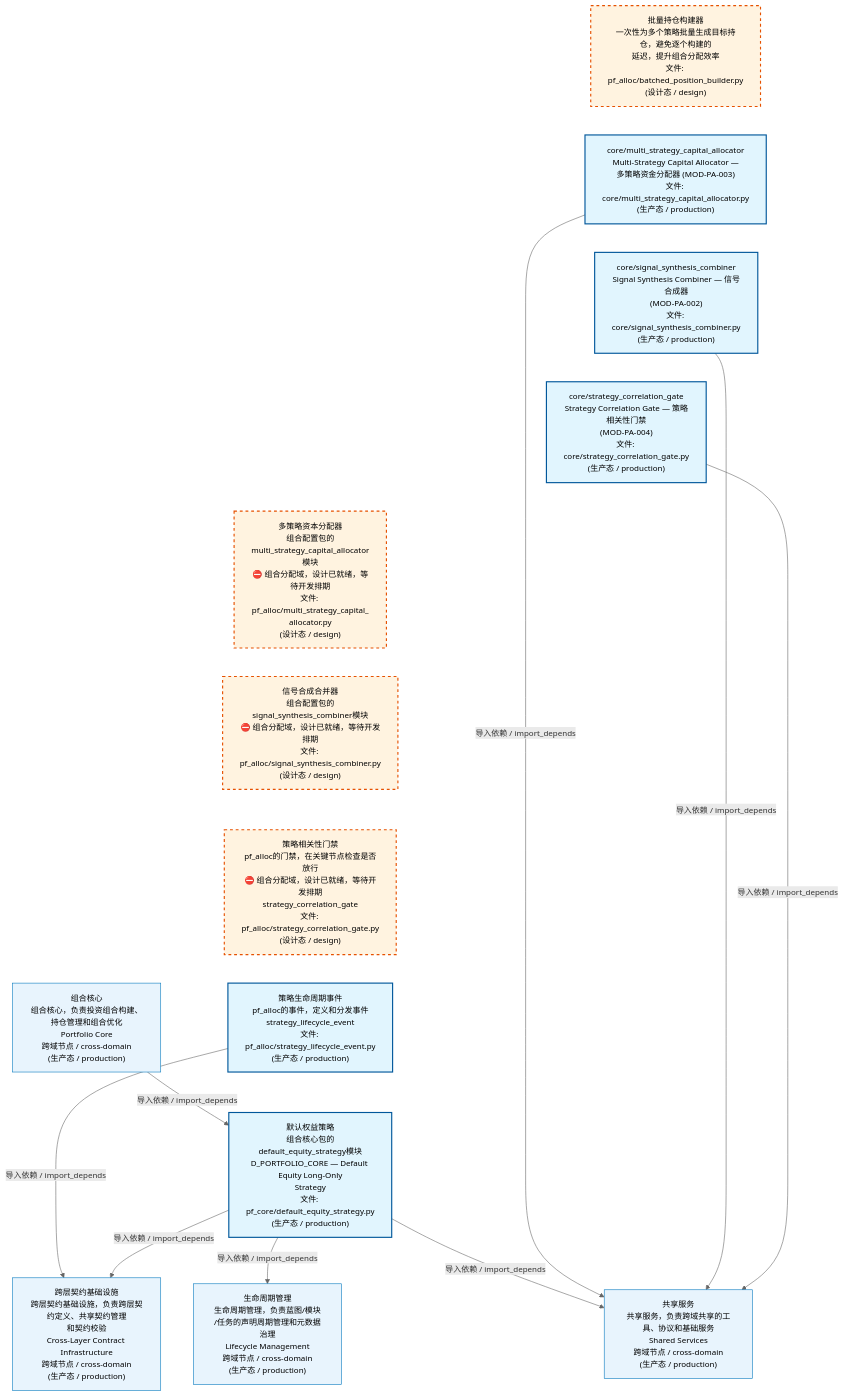
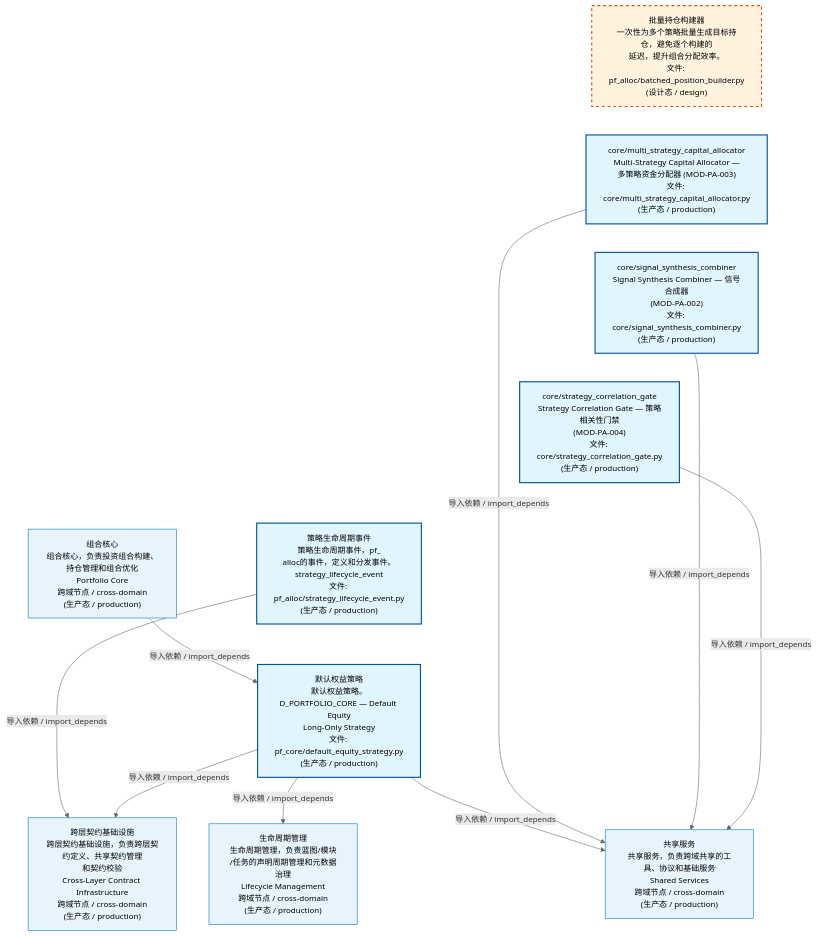
Before and after one commit to xuanFelixVan/ZephyrAlpha: the first of 4 diagrams in docs/02_enterprise_architecture/02_domain_architecture_docs/62_d_pf_alloc.md, drawn with Mermaid. The commit also changed other lines of this file and 58 other files, not shown here.

````diff
--- a/docs/02_enterprise_architecture/02_domain_architecture_docs/62_d_pf_alloc.md
+++ b/docs/02_enterprise_architecture/02_domain_architecture_docs/62_d_pf_alloc.md
@@ -53,40 +53,34 @@
 ```mermaid
 %%{init: {'theme': 'base', 'themeVariables': {'primaryColor': '#eaeaea', 'primaryTextColor': '#333333', 'primaryBorderColor': '#666666', 'lineColor': '#666666', 'secondaryColor': '#eaeaea', 'tertiaryColor': '#eaeaea', 'fontSize': '14px'}}}%%
 flowchart TD
-    src_zephyr_pf_alloc_batched_position_builder_py["批量持仓构建器<br/>一次性为多个策略批量生成目标持仓，避免逐个构建的<br/>延迟，提升组合分配效率<br/>文件: pf_alloc/batched_position_builder.py<br/>(设计态 / design)"]
+    src_zephyr_pf_alloc_batched_position_builder_py["批量持仓构建器<br/>一次性为多个策略批量生成目标持仓，避免逐个构建的<br/>延迟，提升组合分配效率。<br/>文件: pf_alloc/batched_position_builder.py<br/>(设计态 / design)"]
     src_zephyr_pf_alloc_core_multi_strategy_capital_allocator_py["core/multi_strategy_capital_allocator<br/>Multi-Strategy Capital Allocator —<br/>多策略资金分配器 (MOD-PA-003)<br/>文件: core/multi_strategy_capital_allocator.py<br/>(生产态 / production)"]
     src_zephyr_pf_alloc_core_signal_synthesis_combiner_py["core/signal_synthesis_combiner<br/>Signal Synthesis Combiner — 信号合成器<br/>(MOD-PA-002)<br/>文件: core/signal_synthesis_combiner.py<br/>(生产态 / production)"]
     src_zephyr_pf_alloc_core_strategy_correlation_gate_py["core/strategy_correlation_gate<br/>Strategy Correlation Gate — 策略相关性门禁<br/>(MOD-PA-004)<br/>文件: core/strategy_correlation_gate.py<br/>(生产态 / production)"]
-    src_zephyr_pf_alloc_multi_strategy_capital_allocator_py["多策略资本分配器<br/>组合配置包的multi_strategy_capital_allocator模块<br/>⛔ 组合分配域，设计已就绪，等待开发排期<br/>文件: pf_alloc/multi_strategy_capital_<br/>allocator.py<br/>(设计态 / design)"]
-    src_zephyr_pf_alloc_signal_synthesis_combiner_py["信号合成合并器<br/>组合配置包的signal_synthesis_combiner模块<br/>⛔ 组合分配域，设计已就绪，等待开发排期<br/>文件: pf_alloc/signal_synthesis_combiner.py<br/>(设计态 / design)"]
-    src_zephyr_pf_alloc_strategy_correlation_gate_py["策略相关性门禁<br/>pf_alloc的门禁，在关键节点检查是否放行<br/>⛔ 组合分配域，设计已就绪，等待开发排期<br/>strategy_correlation_gate<br/>文件: pf_alloc/strategy_correlation_gate.py<br/>(设计态 / design)"]
-    src_zephyr_pf_alloc_strategy_lifecycle_event_py["策略生命周期事件<br/>pf_alloc的事件，定义和分发事件<br/>strategy_lifecycle_event<br/>文件: pf_alloc/strategy_lifecycle_event.py<br/>(生产态 / production)"]
-    src_zephyr_pf_core_default_equity_strategy_py["默认权益策略<br/>组合核心包的default_equity_strategy模块<br/>D_PORTFOLIO_CORE — Default Equity Long-Only<br/>Strategy<br/>文件: pf_core/default_equity_strategy.py<br/>(生产态 / production)"]
+    src_zephyr_pf_alloc_strategy_lifecycle_event_py["策略生命周期事件<br/>策略生命周期事件，pf_<br/>alloc的事件，定义和分发事件。<br/>strategy_lifecycle_event<br/>文件: pf_alloc/strategy_lifecycle_event.py<br/>(生产态 / production)"]
+    src_zephyr_pf_core_default_equity_strategy_py["默认权益策略<br/>默认权益策略。D_PORTFOLIO_CORE — Default Equity<br/>Long-Only Strategy<br/>文件: pf_core/default_equity_strategy.py<br/>(生产态 / production)"]
     src_zephyr_pf_alloc_batched_position_builder_py ~~~ src_zephyr_pf_alloc_core_multi_strategy_capital_allocator_py
     src_zephyr_pf_alloc_core_multi_strategy_capital_allocator_py ~~~ src_zephyr_pf_alloc_core_signal_synthesis_combiner_py
     src_zephyr_pf_alloc_core_signal_synthesis_combiner_py ~~~ src_zephyr_pf_alloc_core_strategy_correlation_gate_py
-    src_zephyr_pf_alloc_core_strategy_correlation_gate_py ~~~ src_zephyr_pf_alloc_multi_strategy_capital_allocator_py
-    src_zephyr_pf_alloc_multi_strategy_capital_allocator_py ~~~ src_zephyr_pf_alloc_signal_synthesis_combiner_py
-    src_zephyr_pf_alloc_signal_synthesis_combiner_py ~~~ src_zephyr_pf_alloc_strategy_correlation_gate_py
-    src_zephyr_pf_alloc_strategy_correlation_gate_py ~~~ src_zephyr_pf_alloc_strategy_lifecycle_event_py
+    src_zephyr_pf_alloc_core_strategy_correlation_gate_py ~~~ src_zephyr_pf_alloc_strategy_lifecycle_event_py
     src_zephyr_pf_alloc_strategy_lifecycle_event_py ~~~ src_zephyr_pf_core_default_equity_strategy_py
     D_SHARED["共享服务<br/>共享服务，负责跨域共享的工具、协议和基础服务<br/>Shared Services<br/>跨域节点 / cross-domain<br/>(生产态 / production)"]
     src_zephyr_pf_alloc_core_strategy_correlation_gate_py -->|导入依赖 / import_depends| D_SHARED
     src_zephyr_pf_alloc_core_signal_synthesis_combiner_py -->|导入依赖 / import_depends| D_SHARED
     src_zephyr_pf_alloc_core_multi_strategy_capital_allocator_py -->|导入依赖 / import_depends| D_SHARED
     D_INFRASTRUCTURE["跨层契约基础设施<br/>跨层契约基础设施，负责跨层契约定义、共享契约管理<br/>和契约校验<br/>Cross-Layer Contract Infrastructure<br/>跨域节点 / cross-domain<br/>(生产态 / production)"]
     src_zephyr_pf_core_default_equity_strategy_py -->|导入依赖 / import_depends| D_INFRASTRUCTURE
     src_zephyr_pf_alloc_strategy_lifecycle_event_py -->|导入依赖 / import_depends| D_INFRASTRUCTURE
     src_zephyr_pf_core_default_equity_strategy_py -->|导入依赖 / import_depends| D_SHARED
     D_GOVERNANCE["生命周期管理<br/>生命周期管理，负责蓝图/模块<br/>/任务的声明周期管理和元数据治理<br/>Lifecycle Management<br/>跨域节点 / cross-domain<br/>(生产态 / production)"]
     src_zephyr_pf_core_default_equity_strategy_py -->|导入依赖 / import_depends| D_GOVERNANCE
     D_PF_CORE["组合核心<br/>组合核心，负责投资组合构建、持仓管理和组合优化<br/>Portfolio Core<br/>跨域节点 / cross-domain<br/>(生产态 / production)"]
     D_PF_CORE -->|导入依赖 / import_depends| src_zephyr_pf_core_default_equity_strategy_py
     classDef production fill:#e1f5fe,stroke:#01579b,stroke-width:2px,color:#000
     classDef design fill:#fff3e0,stroke:#e65100,stroke-width:2px,color:#000,stroke-dasharray: 5 5
     classDef external_prod fill:#e8f4fd,stroke:#0277bd,stroke-width:1px,color:#000
     classDef external_design fill:#fff8e7,stroke:#ef6c00,stroke-width:1px,color:#000,stroke-dasharray: 5 5
     class src_zephyr_pf_alloc_core_multi_strategy_capital_allocator_py,src_zephyr_pf_alloc_core_signal_synthesis_combiner_py,src_zephyr_pf_alloc_core_strategy_correlation_gate_py,src_zephyr_pf_alloc_strategy_lifecycle_event_py,src_zephyr_pf_core_default_equity_strategy_py production
-    class src_zephyr_pf_alloc_batched_position_builder_py,src_zephyr_pf_alloc_multi_strategy_capital_allocator_py,src_zephyr_pf_alloc_signal_synthesis_combiner_py,src_zephyr_pf_alloc_strategy_correlation_gate_py design
+    class src_zephyr_pf_alloc_batched_position_builder_py design
     class D_SHARED,D_INFRASTRUCTURE,D_GOVERNANCE,D_PF_CORE external_prod
 ```
````
